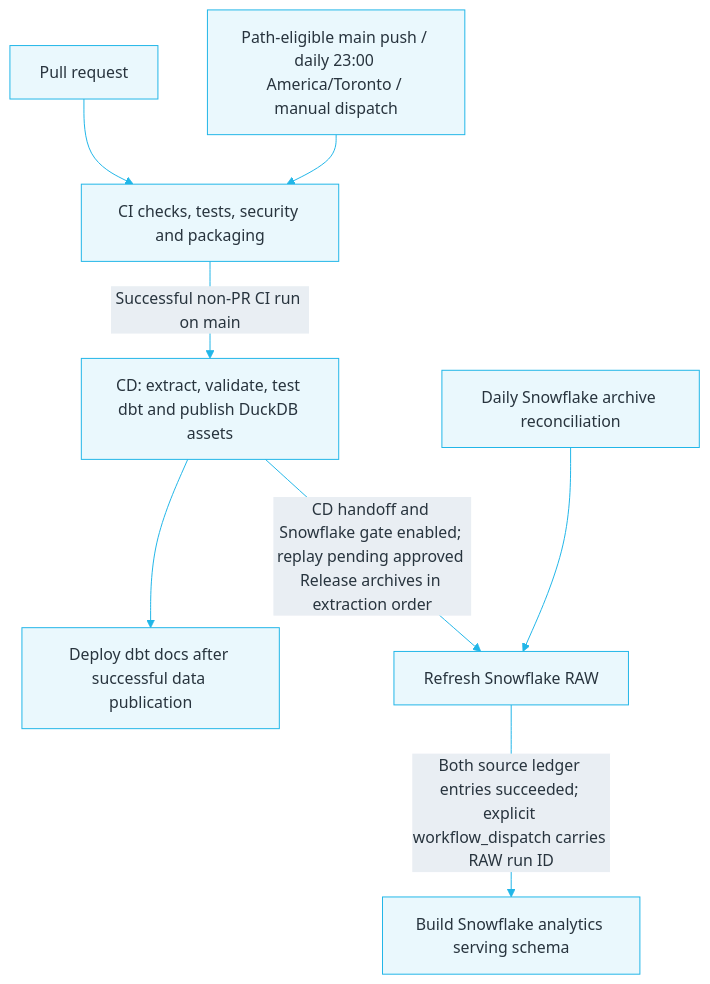
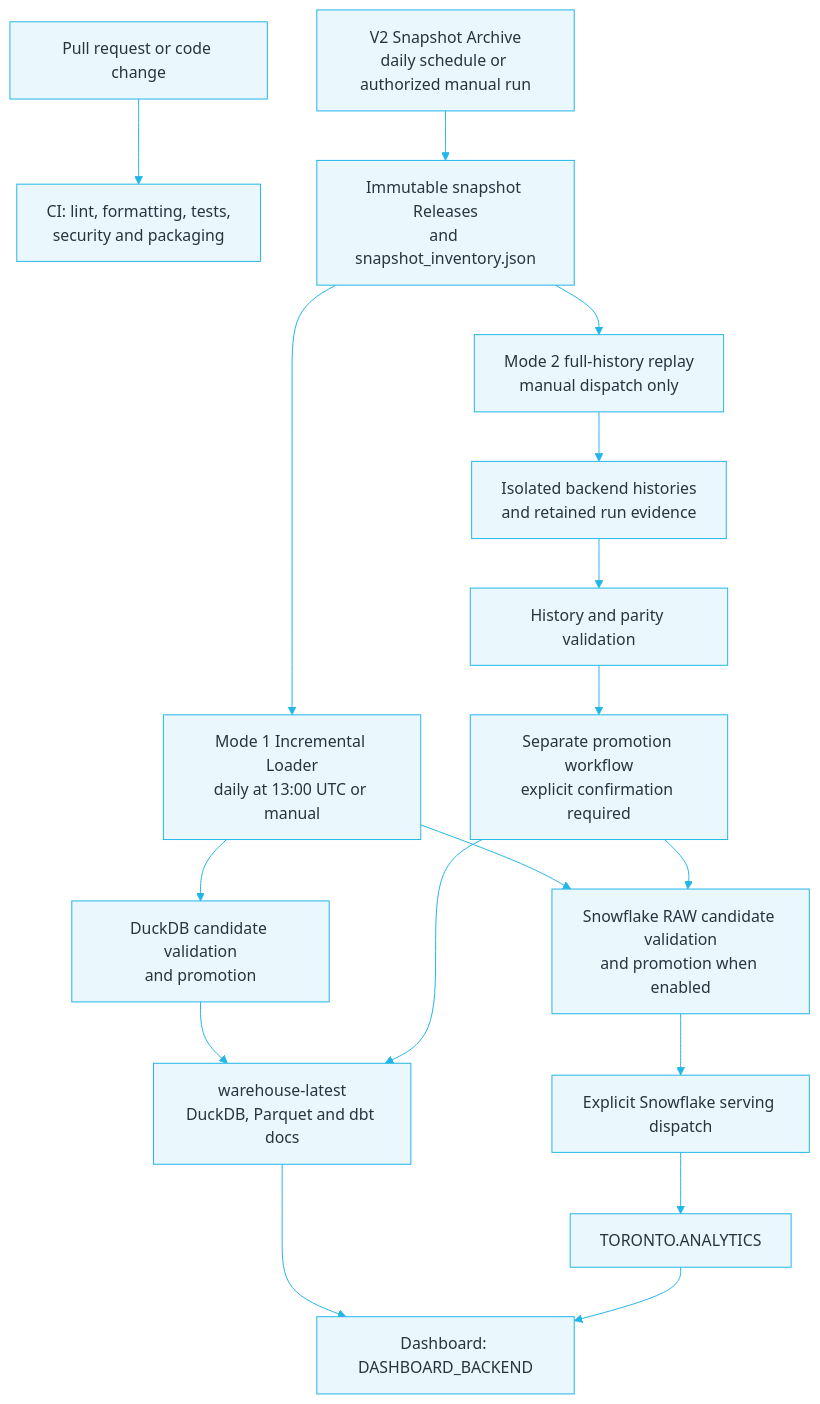
The second of 2 diagrams in README.md (gagadanalyst/toronto-housing-bottleneck-analytics), drawn with Mermaid before and after one commit. The commit also changed other lines of this file and 3 other files, not shown here.

````diff
--- a/README.md
+++ b/README.md
@@ -145,11 +171,25 @@
 ```mermaid
 %%{init: {"theme":"base","themeVariables":{"primaryColor":"#EAF8FD","primaryTextColor":"#28343E","primaryBorderColor":"#21B6E8","lineColor":"#21B6E8","secondaryColor":"#E9EEF3","tertiaryColor":"#FFFFFF","fontFamily":"Arial, sans-serif"}}}%%
 flowchart TB
-    PR[Pull request] --> CI[CI checks, tests, security and packaging]
-    TRIG[Path-eligible main push / daily 23:00 America/Toronto / manual dispatch] --> CI
-    CI -->|Successful non-PR CI run on main| CD[CD: extract, validate, test dbt and publish DuckDB assets]
-    CD --> DOCS[Deploy dbt docs after successful data publication]
-    CD -->|CD handoff and Snowflake gate enabled; replay pending approved Release archives in extraction order| RAW[Refresh Snowflake RAW]
-    SWEEP[Daily Snowflake archive reconciliation] --> RAW
-    RAW -->|Both source ledger entries succeeded; explicit workflow_dispatch carries RAW run ID| SERVE[Build Snowflake analytics serving schema]
+    PR["Pull request or code change"] --> CI["CI: lint, formatting, tests,<br/>security and packaging"]
+
+    EXT["V2 Snapshot Archive<br/>daily schedule or authorized manual run"]
+    EXT --> REL["Immutable snapshot Releases<br/>and snapshot_inventory.json"]
+
+    REL --> M1["Mode 1 Incremental Loader<br/>daily at 13:00 UTC or manual"]
+    M1 --> D["DuckDB candidate validation<br/>and promotion"]
+    M1 --> S["Snowflake RAW candidate validation<br/>and promotion when enabled"]
+    D --> WH["warehouse-latest<br/>DuckDB, Parquet and dbt docs"]
+    S --> SERVE["Explicit Snowflake serving dispatch"]
+    SERVE --> AN["TORONTO.ANALYTICS"]
+
+    REL --> M2["Mode 2 full-history replay<br/>manual dispatch only"]
+    M2 --> ISO["Isolated backend histories<br/>and retained run evidence"]
+    ISO --> PAR["History and parity validation"]
+    PAR --> PROM["Separate promotion workflow<br/>explicit confirmation required"]
+    PROM --> WH
+    PROM --> S
+
+    WH --> APP["Dashboard: DASHBOARD_BACKEND"]
+    AN --> APP
 ```
````
